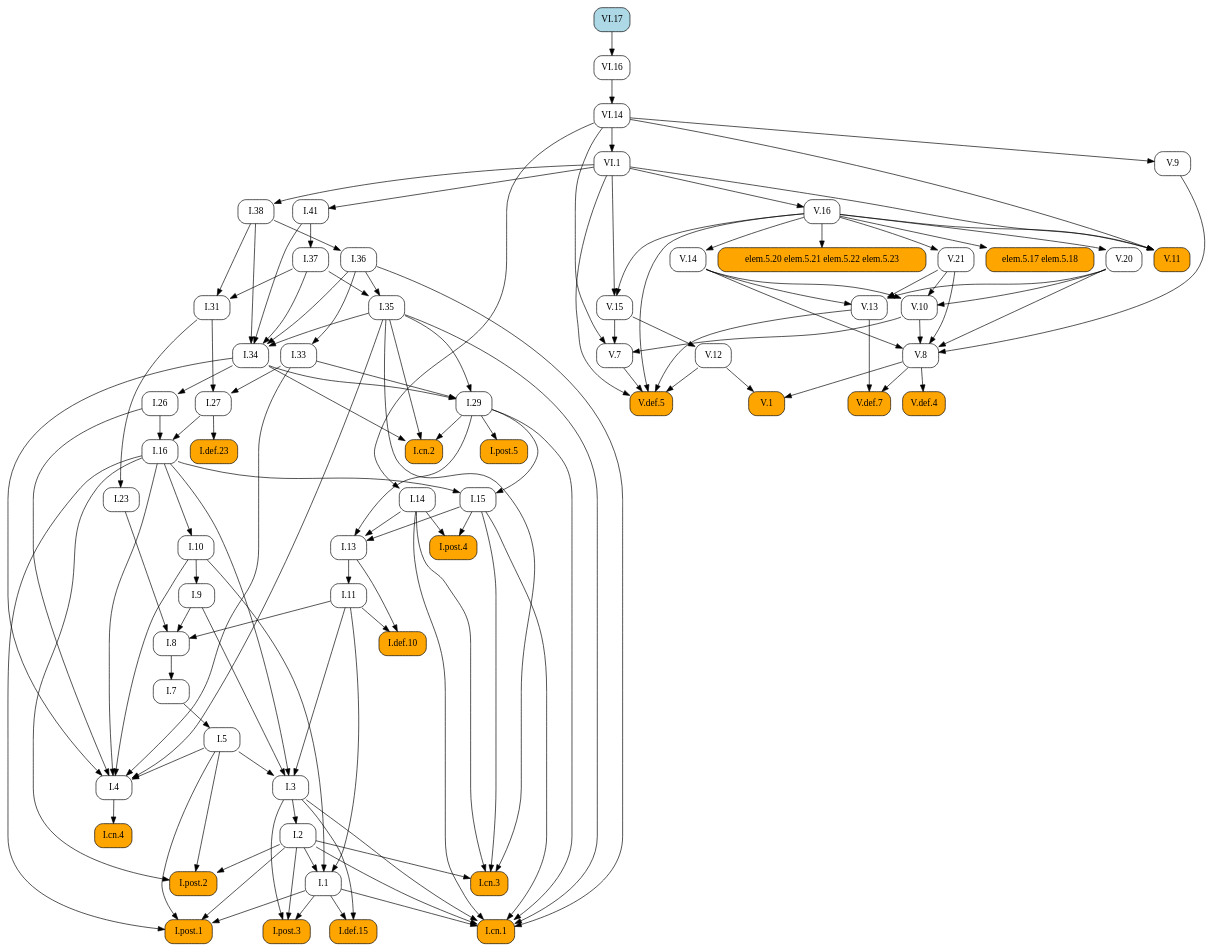
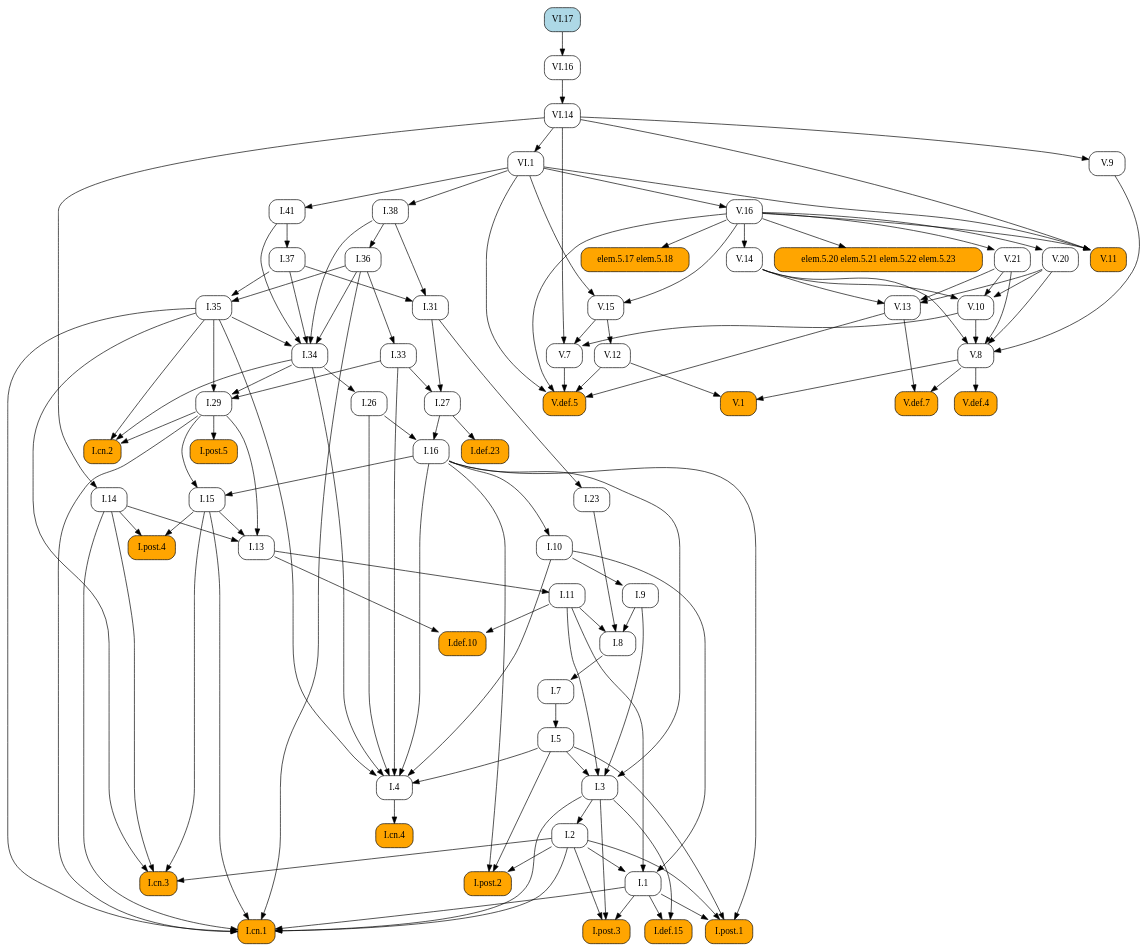
The diagram in docsrc/elements2/VI/17/index.rst (geometor/elements), drawn with Graphviz before and after one commit. The commit also changed other lines of this file and 171 other files, not shown here.

```diff
--- a/docsrc/elements2/VI/17/index.rst
+++ b/docsrc/elements2/VI/17/index.rst
@@ -56,165 +56,139 @@
    digraph {
      rankdir="TB";
      node [shape=box, style=rounded];
+     "V.20" [URL="/elements2/V/20/", target="_top"];
+     "I.8" [URL="/elements2/I/8/", target="_top"];
+     "I.36" [URL="/elements2/I/36/", target="_top"];
+     "VI.14" [URL="/elements2/VI/14/", target="_top"];
+     "V.def.5" [style="rounded,filled", fillcolor=orange, URL="/elements2/V/def.5/", target="_top"];
+     "V.def.4" [style="rounded,filled", fillcolor=orange, URL="/elements2/V/def.4/", target="_top"];
+     "I.14" [URL="/elements2/I/14/", target="_top"];
+     "I.post.1" [style="rounded,filled", fillcolor=orange, URL="/elements2/I/post.1/", target="_top"];
+     "I.33" [URL="/elements2/I/33/", target="_top"];
+     "I.5" [URL="/elements2/I/5/", target="_top"];
+     "I.38" [URL="/elements2/I/38/", target="_top"];
+     "elem.5.17 elem.5.18" [style="rounded,filled", fillcolor=orange];
+     "VI.1" [URL="/elements2/VI/1/", target="_top"];
+     "VI.16" [URL="/elements2/VI/16/", target="_top"];
+     "V.11" [style="rounded,filled", fillcolor=orange, URL="/elements2/V/11/", target="_top"];
+     "I.def.10" [style="rounded,filled", fillcolor=orange, URL="/elements2/I/def.10/", target="_top"];
+     "V.13" [URL="/elements2/V/13/", target="_top"];
+     "I.cn.2" [style="rounded,filled", fillcolor=orange, URL="/elements2/I/cn.2/", target="_top"];
+     "I.post.5" [style="rounded,filled", fillcolor=orange, URL="/elements2/I/post.5/", target="_top"];
+     "V.9" [URL="/elements2/V/9/", target="_top"];
+     "V.16" [URL="/elements2/V/16/", target="_top"];
+     "I.def.15" [style="rounded,filled", fillcolor=orange, URL="/elements2/I/def.15/", target="_top"];
+     "V.15" [URL="/elements2/V/15/", target="_top"];
+     "I.31" [URL="/elements2/I/31/", target="_top"];
+     "I.11" [URL="/elements2/I/11/", target="_top"];
+     "I.3" [URL="/elements2/I/3/", target="_top"];
+     "I.def.23" [style="rounded,filled", fillcolor=orange, URL="/elements2/I/def.23/", target="_top"];
+     "I.post.2" [style="rounded,filled", fillcolor=orange, URL="/elements2/I/post.2/", target="_top"];
+     "I.26" [URL="/elements2/I/26/", target="_top"];
+     "V.14" [URL="/elements2/V/14/", target="_top"];
+     "V.10" [URL="/elements2/V/10/", target="_top"];
+     "VI.17" [style="rounded,filled", fillcolor=lightblue, URL="/elements2/VI/17/", target="_top"];
+     "I.cn.3" [style="rounded,filled", fillcolor=orange, URL="/elements2/I/cn.3/", target="_top"];
+     "I.1" [URL="/elements2/I/1/", target="_top"];
+     "I.cn.4" [style="rounded,filled", fillcolor=orange, URL="/elements2/I/cn.4/", target="_top"];
+     "I.23" [URL="/elements2/I/23/", target="_top"];
+     "I.7" [URL="/elements2/I/7/", target="_top"];
+     "I.9" [URL="/elements2/I/9/", target="_top"];
+     "I.16" [URL="/elements2/I/16/", target="_top"];
+     "V.7" [URL="/elements2/V/7/", target="_top"];
+     "I.cn.1" [style="rounded,filled", fillcolor=orange, URL="/elements2/I/cn.1/", target="_top"];
+     "V.1" [style="rounded,filled", fillcolor=orange, URL="/elements2/V/1/", target="_top"];
+     "I.post.4" [style="rounded,filled", fillcolor=orange, URL="/elements2/I/post.4/", target="_top"];
+     "V.12" [URL="/elements2/V/12/", target="_top"];
+     "I.13" [URL="/elements2/I/13/", target="_top"];
+     "V.21" [URL="/elements2/V/21/", target="_top"];
+     "elem.5.20 elem.5.21 elem.5.22 elem.5.23" [style="rounded,filled", fillcolor=orange];
+     "I.41" [URL="/elements2/I/41/", target="_top"];
+     "I.29" [URL="/elements2/I/29/", target="_top"];
+     "I.35" [URL="/elements2/I/35/", target="_top"];
+     "I.2" [URL="/elements2/I/2/", target="_top"];
      "I.37" [URL="/elements2/I/37/", target="_top"];
-     "elem.5.17 elem.5.18" [style="rounded,filled", fillcolor=orange];
-     "V.7" [URL="/elements2/V/7/", target="_top"];
-     "I.def.10" [style="rounded,filled", fillcolor=orange, URL="/elements2/I/def.10/", target="_top"];
-     "VI.14" [URL="/elements2/VI/14/", target="_top"];
+     "I.27" [URL="/elements2/I/27/", target="_top"];
+     "I.4" [URL="/elements2/I/4/", target="_top"];
+     "V.8" [URL="/elements2/V/8/", target="_top"];
+     "I.10" [URL="/elements2/I/10/", target="_top"];
+     "I.15" [URL="/elements2/I/15/", target="_top"];
      "I.34" [URL="/elements2/I/34/", target="_top"];
-     "V.def.5" [style="rounded,filled", fillcolor=orange, URL="/elements2/V/def.5/", target="_top"];
-     "I.def.15" [style="rounded,filled", fillcolor=orange, URL="/elements2/I/def.15/", target="_top"];
+     "V.def.7" [style="rounded,filled", fillcolor=orange, URL="/elements2/V/def.7/", target="_top"];
      "I.post.3" [style="rounded,filled", fillcolor=orange, URL="/elements2/I/post.3/", target="_top"];
-     "I.cn.4" [style="rounded,filled", fillcolor=orange, URL="/elements2/I/cn.4/", target="_top"];
-     "V.def.7" [style="rounded,filled", fillcolor=orange, URL="/elements2/V/def.7/", target="_top"];
-     "I.41" [URL="/elements2/I/41/", target="_top"];
-     "VI.16" [URL="/elements2/VI/16/", target="_top"];
-     "I.36" [URL="/elements2/I/36/", target="_top"];
-     "I.27" [URL="/elements2/I/27/", target="_top"];
-     "V.10" [URL="/elements2/V/10/", target="_top"];
-     "I.post.2" [style="rounded,filled", fillcolor=orange, URL="/elements2/I/post.2/", target="_top"];
-     "I.13" [URL="/elements2/I/13/", target="_top"];
-     "I.10" [URL="/elements2/I/10/", target="_top"];
-     "I.post.1" [style="rounded,filled", fillcolor=orange, URL="/elements2/I/post.1/", target="_top"];
-     "I.7" [URL="/elements2/I/7/", target="_top"];
-     "V.15" [URL="/elements2/V/15/", target="_top"];
-     "V.14" [URL="/elements2/V/14/", target="_top"];
-     "I.14" [URL="/elements2/I/14/", target="_top"];
-     "I.11" [URL="/elements2/I/11/", target="_top"];
-     "I.4" [URL="/elements2/I/4/", target="_top"];
-     "V.13" [URL="/elements2/V/13/", target="_top"];
-     "V.16" [URL="/elements2/V/16/", target="_top"];
-     "V.1" [style="rounded,filled", fillcolor=orange, URL="/elements2/V/1/", target="_top"];
-     "I.16" [URL="/elements2/I/16/", target="_top"];
-     "V.21" [URL="/elements2/V/21/", target="_top"];
-     "I.def.23" [style="rounded,filled", fillcolor=orange, URL="/elements2/I/def.23/", target="_top"];
-     "elem.5.20 elem.5.21 elem.5.22 elem.5.23" [style="rounded,filled", fillcolor=orange];
-     "I.9" [URL="/elements2/I/9/", target="_top"];
-     "I.38" [URL="/elements2/I/38/", target="_top"];
-     "I.8" [URL="/elements2/I/8/", target="_top"];
-     "I.23" [URL="/elements2/I/23/", target="_top"];
-     "I.26" [URL="/elements2/I/26/", target="_top"];
-     "I.cn.2" [style="rounded,filled", fillcolor=orange, URL="/elements2/I/cn.2/", target="_top"];
-     "I.2" [URL="/elements2/I/2/", target="_top"];
-     "I.15" [URL="/elements2/I/15/", target="_top"];
-     "I.post.5" [style="rounded,filled", fillcolor=orange, URL="/elements2/I/post.5/", target="_top"];
-     "VI.1" [URL="/elements2/VI/1/", target="_top"];
-     "I.1" [URL="/elements2/I/1/", target="_top"];
-     "V.def.4" [style="rounded,filled", fillcolor=orange, URL="/elements2/V/def.4/", target="_top"];
-     "I.35" [URL="/elements2/I/35/", target="_top"];
-     "V.11" [style="rounded,filled", fillcolor=orange, URL="/elements2/V/11/", target="_top"];
-     "VI.17" [style="rounded,filled", fillcolor=lightblue, URL="/elements2/VI/17/", target="_top"];
-     "V.12" [URL="/elements2/V/12/", target="_top"];
-     "I.33" [URL="/elements2/I/33/", target="_top"];
-     "I.31" [URL="/elements2/I/31/", target="_top"];
-     "I.post.4" [style="rounded,filled", fillcolor=orange, URL="/elements2/I/post.4/", target="_top"];
-     "I.cn.1" [style="rounded,filled", fillcolor=orange, URL="/elements2/I/cn.1/", target="_top"];
-     "I.3" [URL="/elements2/I/3/", target="_top"];
-     "I.cn.3" [style="rounded,filled", fillcolor=orange, URL="/elements2/I/cn.3/", target="_top"];
-     "V.9" [URL="/elements2/V/9/", target="_top"];
-     "I.29" [URL="/elements2/I/29/", target="_top"];
-     "I.5" [URL="/elements2/I/5/", target="_top"];
-     "V.8" [URL="/elements2/V/8/", target="_top"];
-     "V.20" [URL="/elements2/V/20/", target="_top"];
-     "I.41" -> "I.37";
-     "V.16" -> "elem.5.17 elem.5.18";
-     "V.10" -> "V.7";
-     "V.15" -> "V.7";
-     "VI.14" -> "V.7";
-     "I.11" -> "I.def.10";
-     "I.13" -> "I.def.10";
+     "V.16" -> "V.20";
+     "I.9" -> "I.8";
+     "I.11" -> "I.8";
+     "I.23" -> "I.8";
+     "I.38" -> "I.36";
      "VI.16" -> "VI.14";
-     "I.35" -> "I.34";
-     "I.36" -> "I.34";
-     "I.37" -> "I.34";
-     "I.38" -> "I.34";
-     "I.41" -> "I.34";
      "V.7" -> "V.def.5";
      "V.12" -> "V.def.5";
      "V.13" -> "V.def.5";
      "V.16" -> "V.def.5";
      "VI.1" -> "V.def.5";
-     "I.1" -> "I.def.15";
-     "I.3" -> "I.def.15";
-     "I.1" -> "I.post.3";
-     "I.2" -> "I.post.3";
-     "I.3" -> "I.post.3";
-     "I.4" -> "I.cn.4";
-     "V.8" -> "V.def.7";
-     "V.13" -> "V.def.7";
-     "VI.1" -> "I.41";
-     "VI.17" -> "VI.16";
-     "I.38" -> "I.36";
-     "I.31" -> "I.27";
-     "I.33" -> "I.27";
-     "V.14" -> "V.10";
-     "V.20" -> "V.10";
-     "V.21" -> "V.10";
-     "I.2" -> "I.post.2";
-     "I.5" -> "I.post.2";
-     "I.16" -> "I.post.2";
-     "I.14" -> "I.13";
-     "I.15" -> "I.13";
-     "I.29" -> "I.13";
-     "I.16" -> "I.10";
+     "V.8" -> "V.def.4";
+     "VI.14" -> "I.14";
      "I.1" -> "I.post.1";
      "I.2" -> "I.post.1";
      "I.5" -> "I.post.1";
      "I.16" -> "I.post.1";
-     "I.8" -> "I.7";
-     "V.16" -> "V.15";
-     "VI.1" -> "V.15";
-     "V.16" -> "V.14";
-     "VI.14" -> "I.14";
-     "I.13" -> "I.11";
-     "I.5" -> "I.4";
-     "I.10" -> "I.4";
-     "I.16" -> "I.4";
-     "I.26" -> "I.4";
-     "I.33" -> "I.4";
-     "I.34" -> "I.4";
-     "I.35" -> "I.4";
+     "I.36" -> "I.33";
+     "I.7" -> "I.5";
+     "VI.1" -> "I.38";
+     "V.16" -> "elem.5.17 elem.5.18";
+     "VI.14" -> "VI.1";
+     "VI.17" -> "VI.16";
+     "V.16" -> "V.11";
+     "VI.1" -> "V.11";
+     "VI.14" -> "V.11";
+     "I.11" -> "I.def.10";
+     "I.13" -> "I.def.10";
      "V.14" -> "V.13";
      "V.20" -> "V.13";
      "V.21" -> "V.13";
-     "VI.1" -> "V.16";
-     "V.8" -> "V.1";
-     "V.12" -> "V.1";
-     "I.26" -> "I.16";
-     "I.27" -> "I.16";
-     "V.16" -> "V.21";
-     "I.27" -> "I.def.23";
-     "V.16" -> "elem.5.20 elem.5.21 elem.5.22 elem.5.23";
-     "I.10" -> "I.9";
-     "VI.1" -> "I.38";
-     "I.9" -> "I.8";
-     "I.11" -> "I.8";
-     "I.23" -> "I.8";
-     "I.31" -> "I.23";
-     "I.34" -> "I.26";
      "I.29" -> "I.cn.2";
      "I.34" -> "I.cn.2";
      "I.35" -> "I.cn.2";
-     "I.3" -> "I.2";
-     "I.16" -> "I.15";
-     "I.29" -> "I.15";
      "I.29" -> "I.post.5";
-     "VI.14" -> "VI.1";
+     "VI.14" -> "V.9";
+     "VI.1" -> "V.16";
+     "I.1" -> "I.def.15";
+     "I.3" -> "I.def.15";
+     "V.16" -> "V.15";
+     "VI.1" -> "V.15";
+     "I.37" -> "I.31";
+     "I.38" -> "I.31";
+     "I.13" -> "I.11";
+     "I.5" -> "I.3";
+     "I.9" -> "I.3";
+     "I.11" -> "I.3";
+     "I.16" -> "I.3";
+     "I.27" -> "I.def.23";
+     "I.2" -> "I.post.2";
+     "I.5" -> "I.post.2";
+     "I.16" -> "I.post.2";
+     "I.34" -> "I.26";
+     "V.16" -> "V.14";
+     "V.14" -> "V.10";
+     "V.20" -> "V.10";
+     "V.21" -> "V.10";
+     "I.2" -> "I.cn.3";
+     "I.14" -> "I.cn.3";
+     "I.15" -> "I.cn.3";
+     "I.35" -> "I.cn.3";
      "I.2" -> "I.1";
      "I.10" -> "I.1";
      "I.11" -> "I.1";
-     "V.8" -> "V.def.4";
-     "I.36" -> "I.35";
-     "I.37" -> "I.35";
-     "V.16" -> "V.11";
-     "VI.1" -> "V.11";
-     "VI.14" -> "V.11";
-     "V.15" -> "V.12";
-     "I.36" -> "I.33";
-     "I.37" -> "I.31";
-     "I.38" -> "I.31";
-     "I.14" -> "I.post.4";
-     "I.15" -> "I.post.4";
+     "I.4" -> "I.cn.4";
+     "I.31" -> "I.23";
+     "I.8" -> "I.7";
+     "I.10" -> "I.9";
+     "I.26" -> "I.16";
+     "I.27" -> "I.16";
+     "V.10" -> "V.7";
+     "V.15" -> "V.7";
+     "VI.14" -> "V.7";
      "I.1" -> "I.cn.1";
      "I.2" -> "I.cn.1";
      "I.3" -> "I.cn.1";
@@ -223,23 +197,49 @@
      "I.29" -> "I.cn.1";
      "I.35" -> "I.cn.1";
      "I.36" -> "I.cn.1";
-     "I.5" -> "I.3";
-     "I.9" -> "I.3";
-     "I.11" -> "I.3";
-     "I.16" -> "I.3";
-     "I.2" -> "I.cn.3";
-     "I.14" -> "I.cn.3";
-     "I.15" -> "I.cn.3";
-     "I.35" -> "I.cn.3";
-     "VI.14" -> "V.9";
+     "V.8" -> "V.1";
+     "V.12" -> "V.1";
+     "I.14" -> "I.post.4";
+     "I.15" -> "I.post.4";
+     "V.15" -> "V.12";
+     "I.14" -> "I.13";
+     "I.15" -> "I.13";
+     "I.29" -> "I.13";
+     "V.16" -> "V.21";
+     "V.16" -> "elem.5.20 elem.5.21 elem.5.22 elem.5.23";
+     "VI.1" -> "I.41";
      "I.33" -> "I.29";
      "I.34" -> "I.29";
      "I.35" -> "I.29";
-     "I.7" -> "I.5";
+     "I.36" -> "I.35";
+     "I.37" -> "I.35";
+     "I.3" -> "I.2";
+     "I.41" -> "I.37";
+     "I.31" -> "I.27";
+     "I.33" -> "I.27";
+     "I.5" -> "I.4";
+     "I.10" -> "I.4";
+     "I.16" -> "I.4";
+     "I.26" -> "I.4";
+     "I.33" -> "I.4";
+     "I.34" -> "I.4";
+     "I.35" -> "I.4";
      "V.9" -> "V.8";
      "V.10" -> "V.8";
      "V.14" -> "V.8";
      "V.20" -> "V.8";
      "V.21" -> "V.8";
-     "V.16" -> "V.20";
+     "I.16" -> "I.10";
+     "I.16" -> "I.15";
+     "I.29" -> "I.15";
+     "I.35" -> "I.34";
+     "I.36" -> "I.34";
+     "I.37" -> "I.34";
+     "I.38" -> "I.34";
+     "I.41" -> "I.34";
+     "V.8" -> "V.def.7";
+     "V.13" -> "V.def.7";
+     "I.1" -> "I.post.3";
+     "I.2" -> "I.post.3";
+     "I.3" -> "I.post.3";
    }
```
